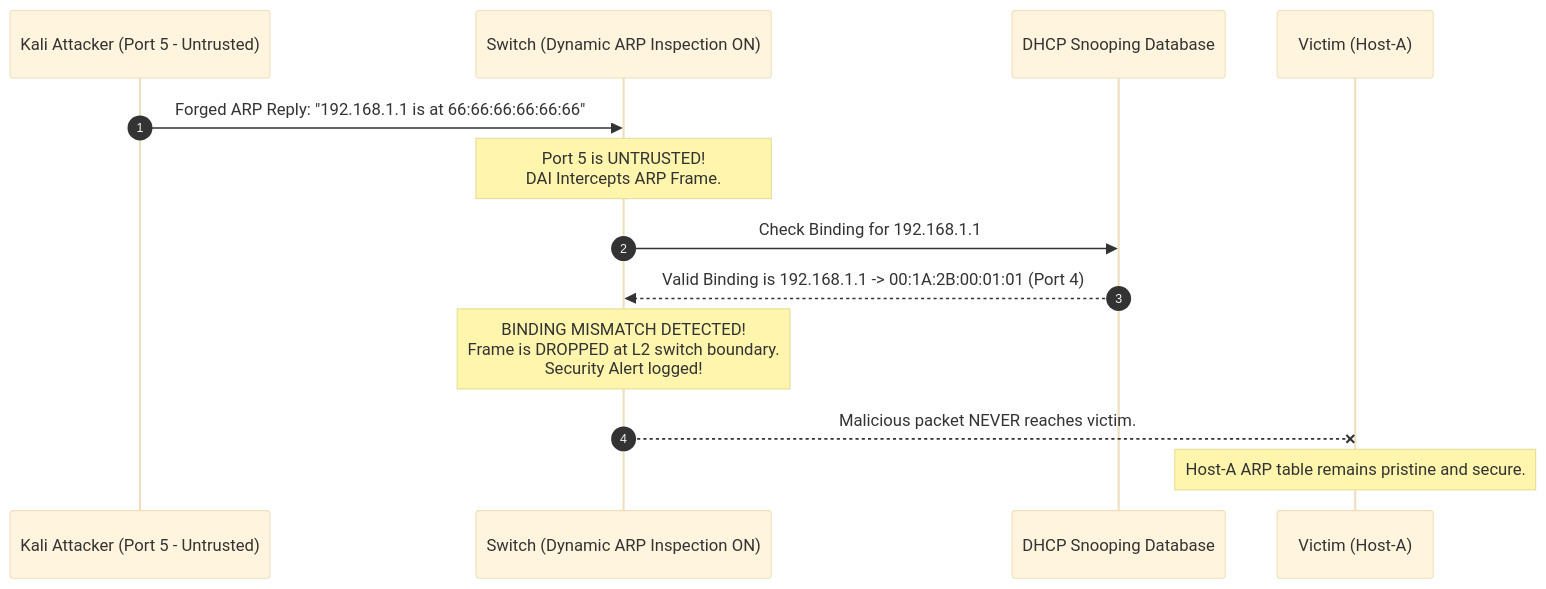
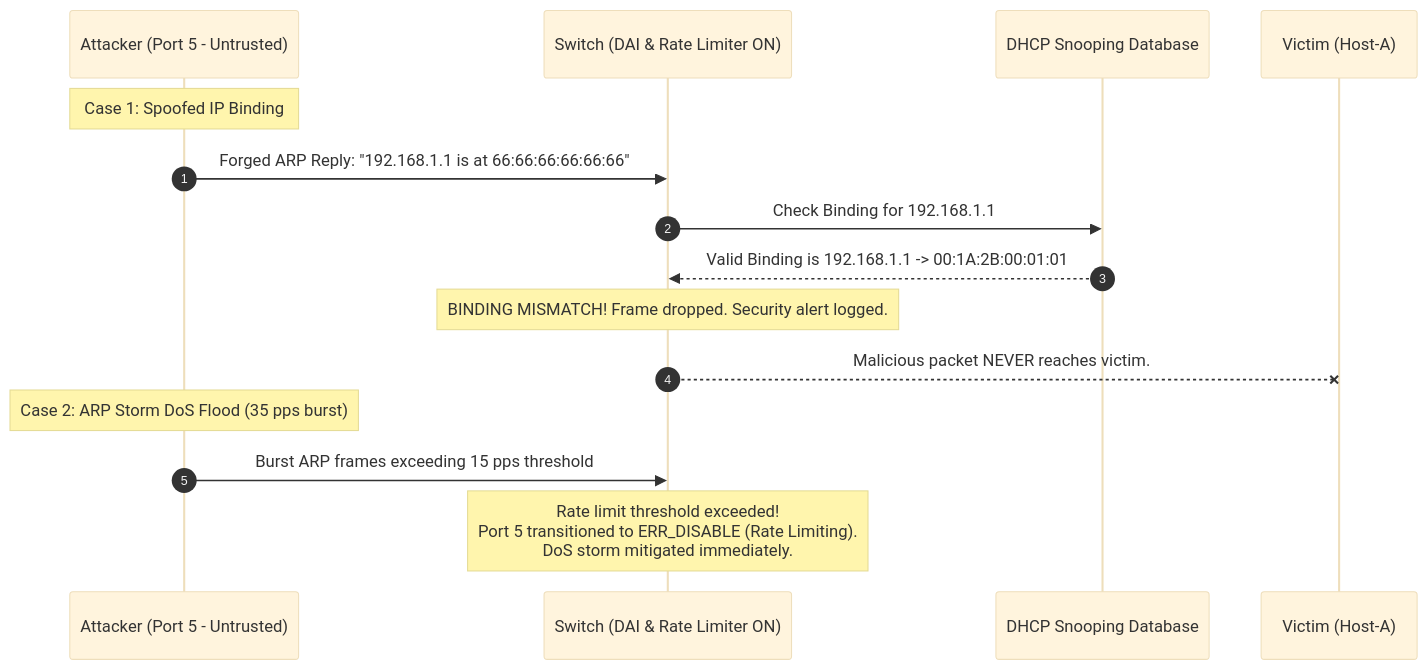
One commit to Aricode2005/CN-Project changed the tenth of 11 diagrams in ARP/PROJECT_GUIDE_AND_VISUALIZATION.md. Above: the diagram before and after it, drawn with Mermaid (base theme). The commit also changed other lines of this file and 22 other files, not shown here.

````diff
--- a/ARP/PROJECT_GUIDE_AND_VISUALIZATION.md
+++ b/ARP/PROJECT_GUIDE_AND_VISUALIZATION.md
@@ -200,16 +319,19 @@
 ```mermaid
 sequenceDiagram
     autonumber
-    participant K as Kali Attacker (Port 5 - Untrusted)
-    participant SW as Switch (Dynamic ARP Inspection ON)
+    participant K as Attacker (Port 5 - Untrusted)
+    participant SW as Switch (DAI & Rate Limiter ON)
     participant DB as DHCP Snooping Database
     participant A as Victim (Host-A)
 
+    Note over K: Case 1: Spoofed IP Binding
     K->>SW: Forged ARP Reply: "192.168.1.1 is at 66:66:66:66:66:66"
-    Note over SW: Port 5 is UNTRUSTED!<br/>DAI Intercepts ARP Frame.
     SW->>DB: Check Binding for 192.168.1.1
-    DB-->>SW: Valid Binding is 192.168.1.1 -> 00:1A:2B:00:01:01 (Port 4)
-    Note over SW: BINDING MISMATCH DETECTED!<br/>Frame is DROPPED at L2 switch boundary.<br/>Security Alert logged!
+    DB-->>SW: Valid Binding is 192.168.1.1 -> 00:1A:2B:00:01:01
+    Note over SW: BINDING MISMATCH! Frame dropped. Security alert logged.
     SW--x A: Malicious packet NEVER reaches victim.
-    Note over A: Host-A ARP table remains pristine and secure.
+
+    Note over K: Case 2: ARP Storm DoS Flood (35 pps burst)
+    K->>SW: Burst ARP frames exceeding 15 pps threshold
+    Note over SW: Rate limit threshold exceeded!<br/>Port 5 transitioned to ERR_DISABLE (Rate Limiting).<br/>DoS storm mitigated immediately.
 ```
````
